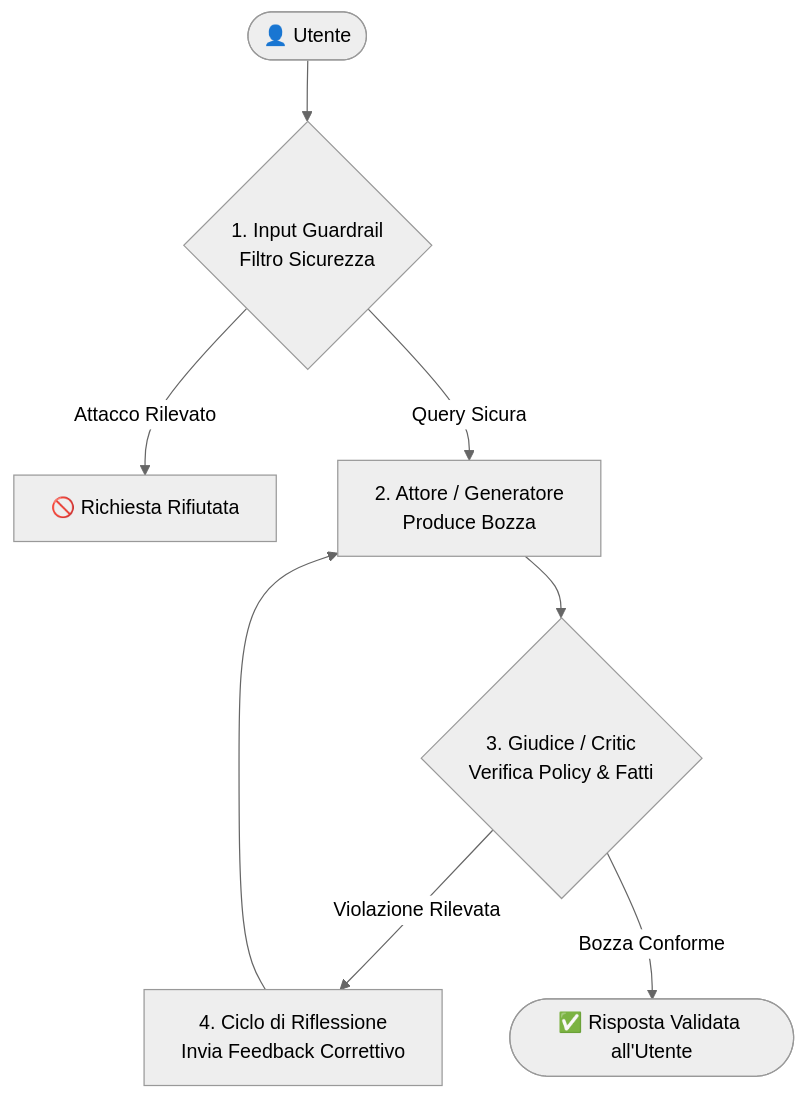
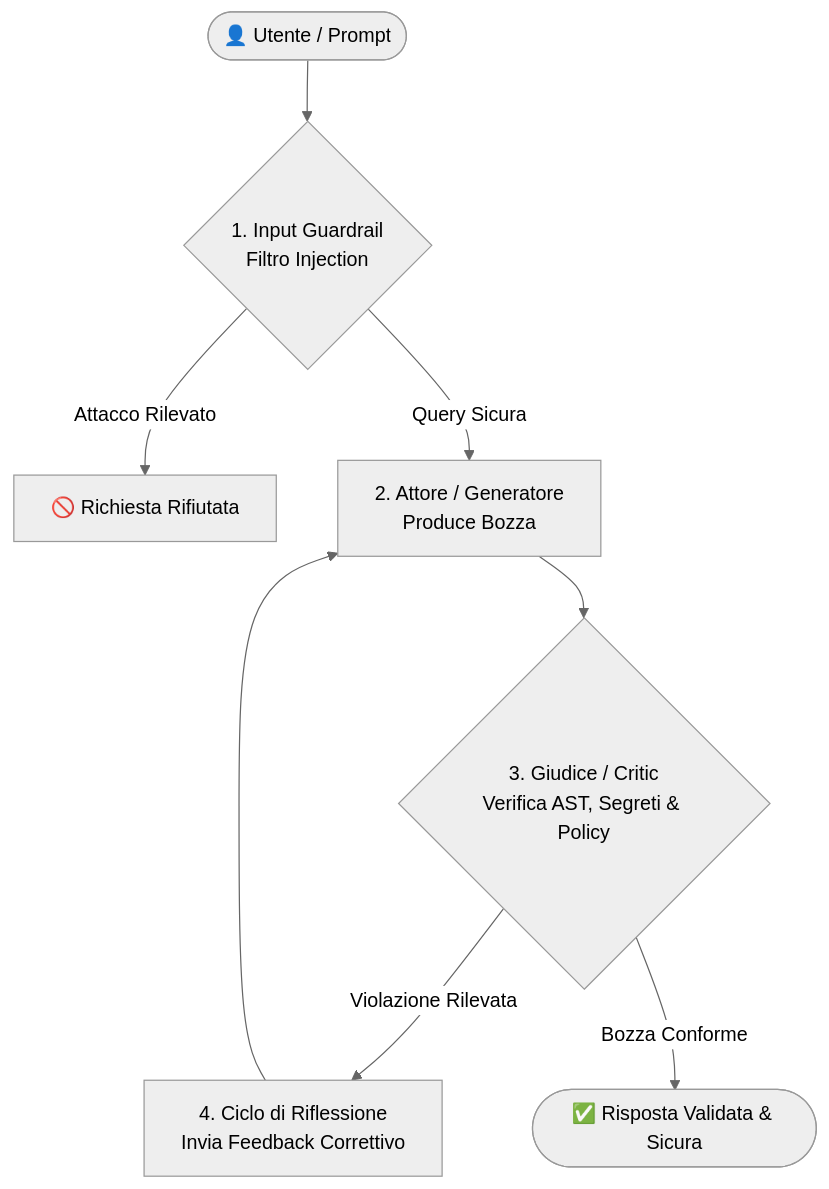
Before and after one commit to gaabriel399/self-correcting-llm-guard: the diagram in README.md, drawn with Mermaid (neutral theme). The commit also changed other lines of this file and 13 other files, not shown here.

````diff
--- a/README.md
+++ b/README.md
@@ -27,14 +43,14 @@
 ```mermaid
 flowchart TD
-    User([👤 Utente]) --> InGuard{1. Input Guardrail\nFiltro Sicurezza}
+    User([👤 Utente / Prompt]) --> InGuard{1. Input Guardrail\nFiltro Injection}
     
     InGuard -->|Attacco Rilevato| Blocked[🚫 Richiesta Rifiutata]
     InGuard -->|Query Sicura| Actor[2. Attore / Generatore\nProduce Bozza]
     
-    Actor --> Critic{3. Giudice / Critic\nVerifica Policy & Fatti}
+    Actor --> Critic{3. Giudice / Critic\nVerifica AST, Segreti & Policy}
     
     Critic -->|Violazione Rilevata| Refine[4. Ciclo di Riflessione\nInvia Feedback Correttivo]
     Refine --> Actor
     
-    Critic -->|Bozza Conforme| Output([✅ Risposta Validata all'Utente])
+    Critic -->|Bozza Conforme| Output([✅ Risposta Validata & Sicura])
 ```
````
